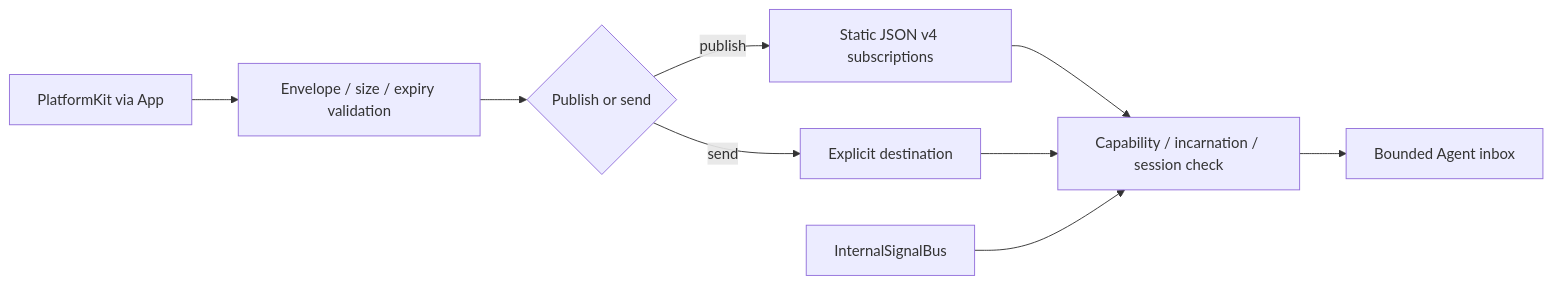
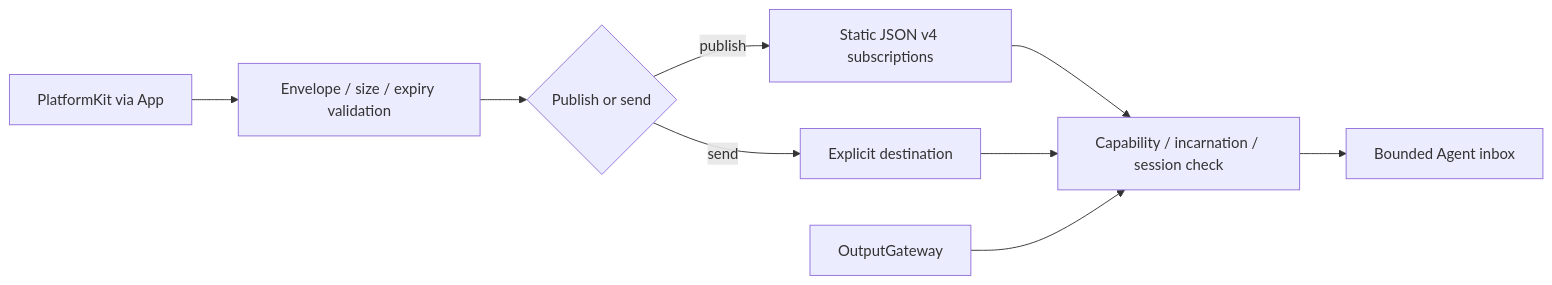
The first of 2 diagrams in MobileHarness/Gateway/Input/README.md (devilyouwei/MobileHarness), drawn with Mermaid before and after one commit. The commit also changed other lines of this file and 40 other files, not shown here.

Commit message:
refactor: replace signal bus with direct gateway admission

````diff
--- a/MobileHarness/Gateway/Input/README.md
+++ b/MobileHarness/Gateway/Input/README.md
@@ -11,11 +11,11 @@
 ```mermaid
 flowchart LR
     Platform[PlatformKit via App] --> Validate[Envelope / size / expiry validation]
     Validate --> Route{Publish or send}
     Route -->|publish| Policy[Static JSON v4 subscriptions]
     Route -->|send| Target[Explicit destination]
     Policy --> Admit[Capability / incarnation / session check]
     Target --> Admit
-    Bus[InternalSignalBus] --> Admit
+    Output[OutputGateway] --> Admit
     Admit --> Inbox[Bounded Agent inbox]
 ```
````
